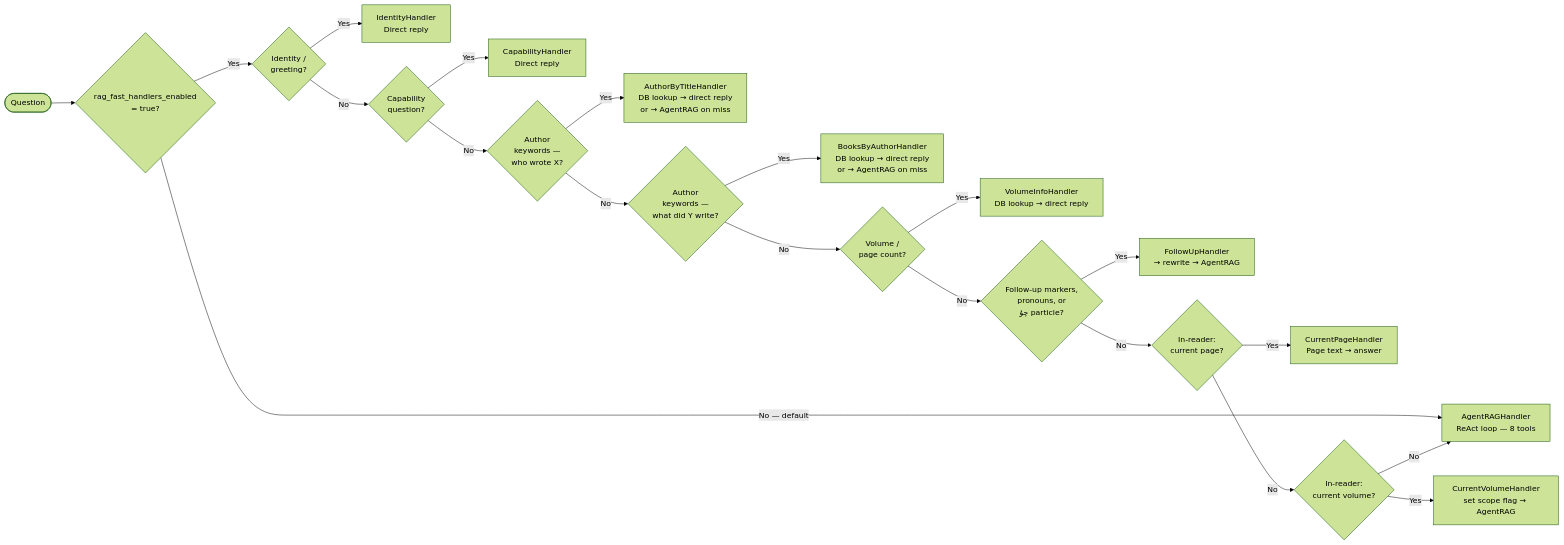
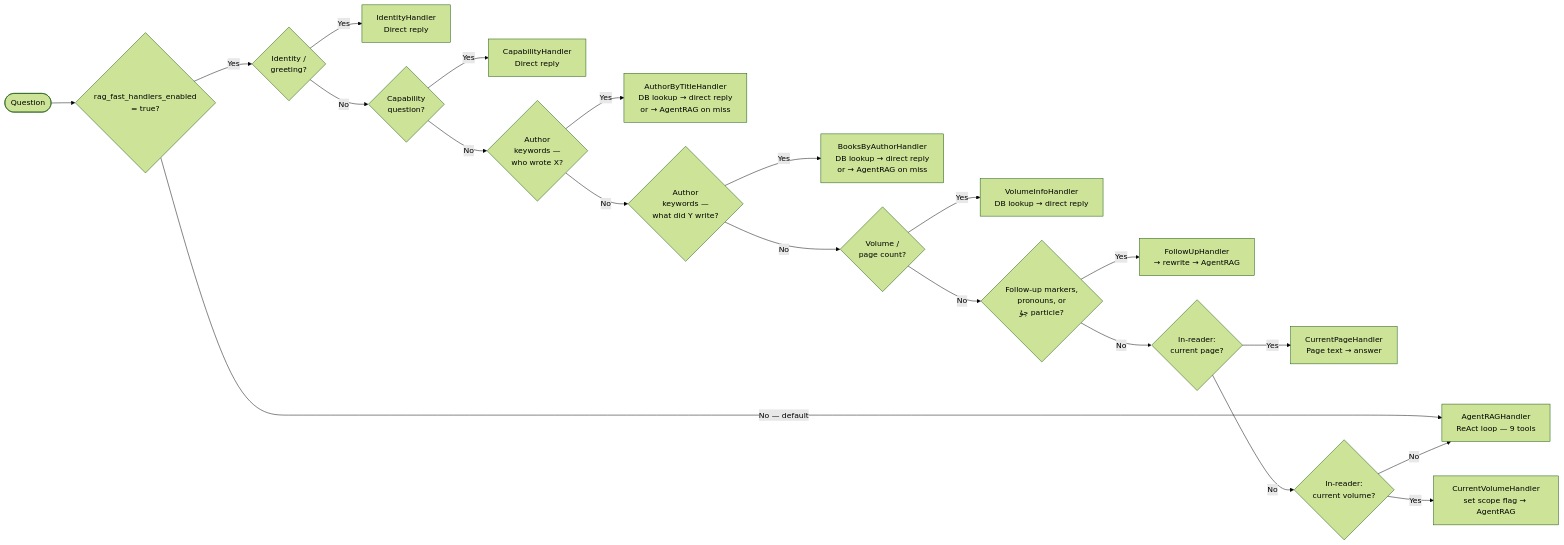
The second of 3 diagrams in docs/main/QUESTION_ANSWERING_DIAGRAM.md (Kitabim-AI/kitabim-ai), drawn with Mermaid (forest theme) before and after one commit. The commit also changed other lines of this file and 11 other files, not shown here.

````diff
--- a/docs/main/QUESTION_ANSWERING_DIAGRAM.md
+++ b/docs/main/QUESTION_ANSWERING_DIAGRAM.md
@@ -143,25 +144,25 @@
 ```mermaid
 flowchart LR
     Q([Question]) --> FLAG
 
     FLAG{rag_fast_handlers_enabled\n= true?}
-    FLAG -->|No — default| RAGENT[AgentRAGHandler\nReAct loop — 8 tools]
+    FLAG -->|No — default| RAGENT[AgentRAGHandler\nReAct loop — 9 tools]
 
     FLAG -->|Yes| P1
     P1{Identity /\ngreeting?} -->|Yes| R1[IdentityHandler\nDirect reply]
     P1 -->|No| P2
     P2{Capability\nquestion?} -->|Yes| R2[CapabilityHandler\nDirect reply]
     P2 -->|No| P3
     P3{Author\nkeywords —\nwho wrote X?} -->|Yes| R3[AuthorByTitleHandler\nDB lookup → direct reply\nor → AgentRAG on miss]
     P3 -->|No| P4
     P4{Author\nkeywords —\nwhat did Y write?} -->|Yes| R4[BooksByAuthorHandler\nDB lookup → direct reply\nor → AgentRAG on miss]
     P4 -->|No| P5
     P5{Volume /\npage count?} -->|Yes| R5[VolumeInfoHandler\nDB lookup → direct reply]
     P5 -->|No| P6
     P6{Follow-up markers,\npronouns, or\nچۇ particle?} -->|Yes| R6[FollowUpHandler\n→ rewrite → AgentRAG]
     P6 -->|No| P7
     P7{In-reader:\ncurrent page?} -->|Yes| R7[CurrentPageHandler\nPage text → answer]
     P7 -->|No| P8
     P8{In-reader:\ncurrent volume?} -->|Yes| R8[CurrentVolumeHandler\nset scope flag → AgentRAG]
     P8 -->|No| RAGENT
 ```
````
